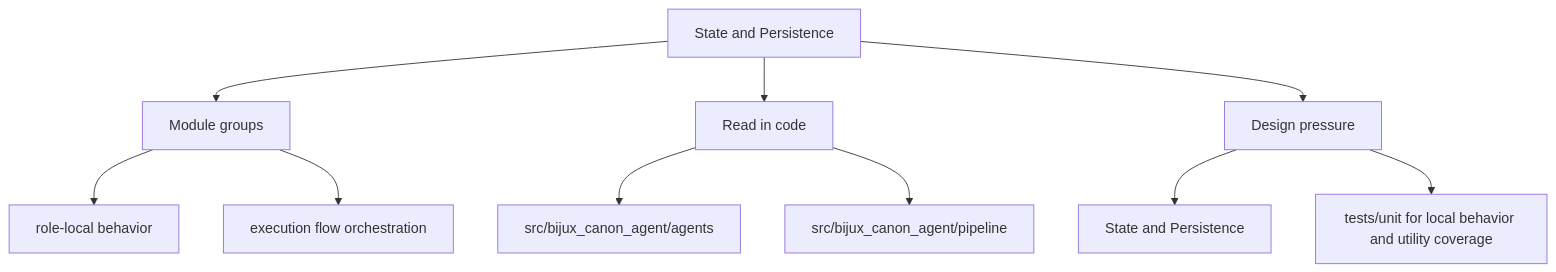
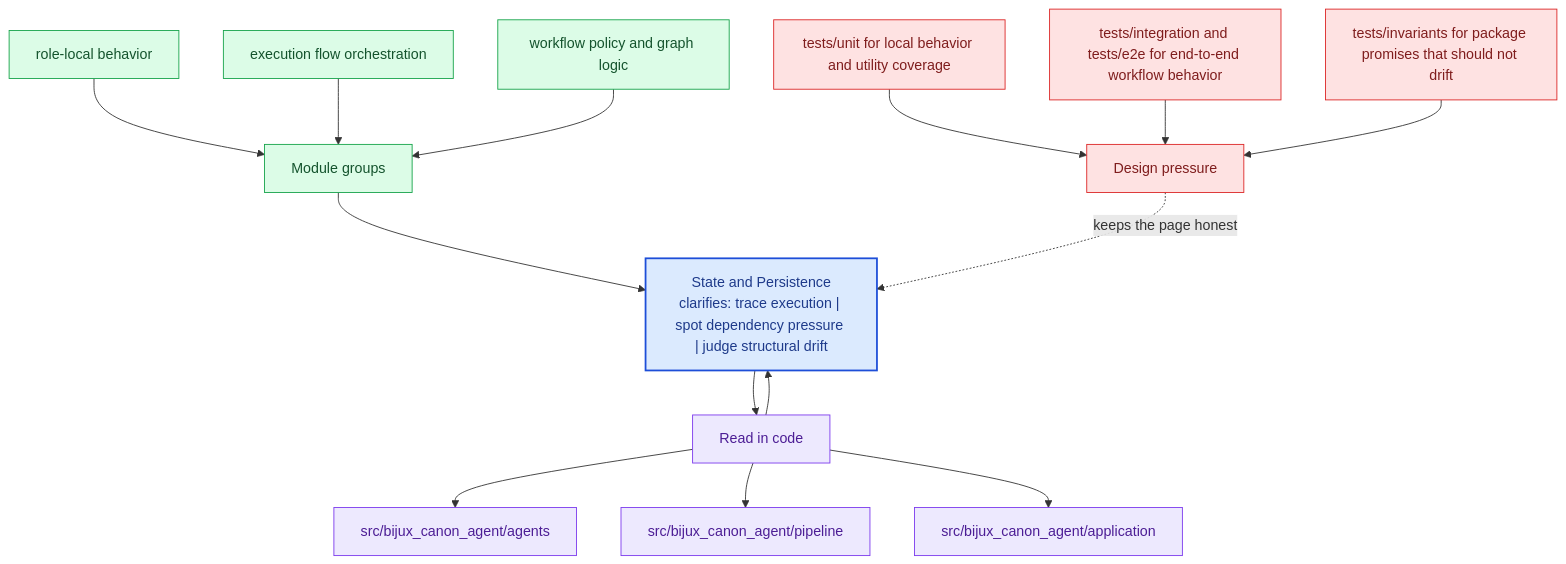
Before and after one commit to bijux/bijux-canon: the second of 2 diagrams in docs/bijux-canon-agent/architecture/state-and-persistence.md, drawn with Mermaid. The commit also changed other lines of this file and 281 other files, not shown here.

Commit message:
docs(diagrams): deepen handbook mermaid maps across the catalog

````diff
--- a/docs/bijux-canon-agent/architecture/state-and-persistence.md
+++ b/docs/bijux-canon-agent/architecture/state-and-persistence.md
@@ -35,22 +68,40 @@
 ```mermaid
-flowchart TD
-    page["State and Persistence"]
+flowchart TB
+    promise["State and Persistence<br/>clarifies: trace execution | spot dependency pressure | judge structural drift"]
+    classDef promise fill:#dbeafe,stroke:#1d4ed8,color:#1e3a8a,stroke-width:2px;
+    classDef driver fill:#dcfce7,stroke:#16a34a,color:#14532d;
+    classDef constraint fill:#fee2e2,stroke:#dc2626,color:#7f1d1d;
+    classDef ground fill:#ede9fe,stroke:#7c3aed,color:#4c1d95;
     focus1["Module groups"]
-    page --> focus1
+    focus1 --> promise
     focus1_1["role-local behavior"]
-    focus1 --> focus1_1
+    focus1_1 --> focus1
     focus1_2["execution flow orchestration"]
-    focus1 --> focus1_2
+    focus1_2 --> focus1
+    focus1_3["workflow policy and graph logic"]
+    focus1_3 --> focus1
+    class focus1 driver;
+    class focus1_1,focus1_2,focus1_3 driver;
     focus2["Read in code"]
-    page --> focus2
+    focus2 --> promise
+    promise --> focus2
     focus2_1["src/bijux_canon_agent/agents"]
     focus2 --> focus2_1
     focus2_2["src/bijux_canon_agent/pipeline"]
     focus2 --> focus2_2
+    focus2_3["src/bijux_canon_agent/application"]
+    focus2 --> focus2_3
+    class focus2 ground;
+    class focus2_1,focus2_2,focus2_3 ground;
     focus3["Design pressure"]
-    page --> focus3
-    focus3_1["State and Persistence"]
-    focus3 --> focus3_1
-    focus3_2["tests/unit for local behavior and utility coverage"]
-    focus3 --> focus3_2
+    focus3 -.keeps the page honest.-> promise
+    focus3_1["tests/unit for local behavior and utility coverage"]
+    focus3_1 --> focus3
+    focus3_2["tests/integration and tests/e2e for end-to-end workflow behavior"]
+    focus3_2 --> focus3
+    focus3_3["tests/invariants for package promises that should not drift"]
+    focus3_3 --> focus3
+    class focus3 constraint;
+    class focus3_1,focus3_2,focus3_3 constraint;
+    class promise promise;
 ```
````
